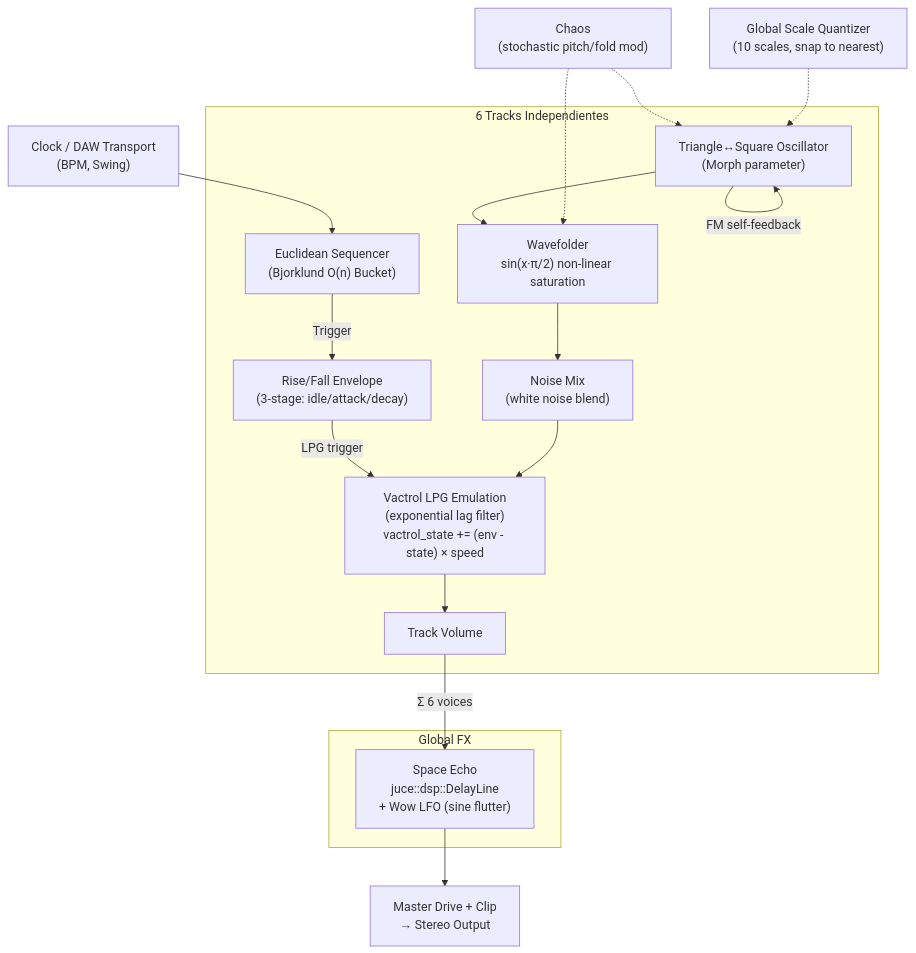
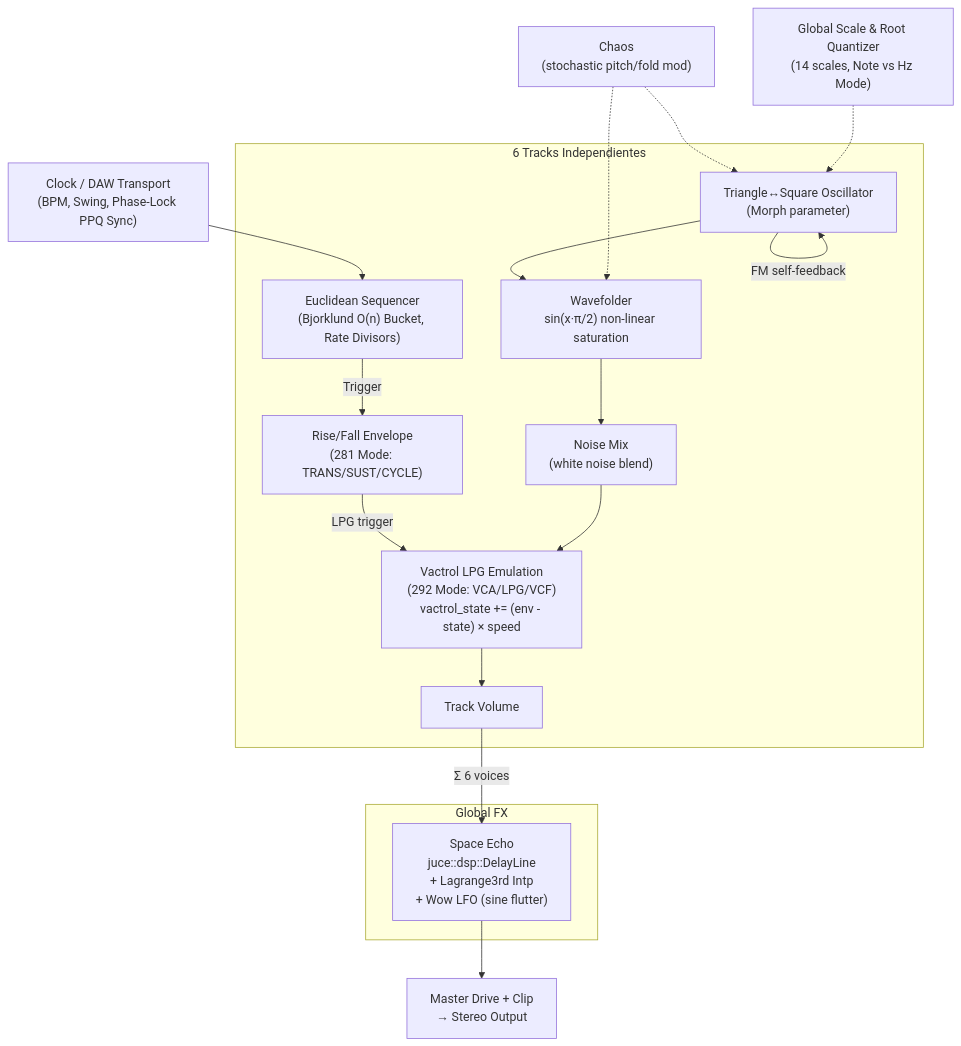
Before and after one commit to laurorobles/Orbita-LPG: the diagram in ARCHITECTURE.md, drawn with Mermaid. The commit also changed 2 other files, not shown here.

Commit message:
Update documentation to reflect PPQ sync, State saving, Note Mode, and Global Root

````diff
--- a/ARCHITECTURE.md
+++ b/ARCHITECTURE.md
@@ -5,30 +5,44 @@
 ```mermaid
 graph TD
-    CLK["Clock / DAW Transport\n(BPM, Swing)"] --> SEQ
+    CLK["Clock / DAW Transport
+(BPM, Swing, Phase-Lock PPQ Sync)"] --> SEQ
 
     subgraph TRACKS["6 Tracks Independientes"]
-        SEQ["Euclidean Sequencer\n(Bjorklund O(n) Bucket)"]
-        SEQ -->|Trigger| ENV["Rise/Fall Envelope\n(3-stage: idle/attack/decay)"]
+        SEQ["Euclidean Sequencer
+(Bjorklund O(n) Bucket, Rate Divisors)"]
+        SEQ -->|Trigger| ENV["Rise/Fall Envelope
+(281 Mode: TRANS/SUST/CYCLE)"]
 
-        OSC["Triangle↔Square Oscillator\n(Morph parameter)"]
+        OSC["Triangle↔Square Oscillator
+(Morph parameter)"]
         OSC -->|FM self-feedback| OSC
-        OSC --> WF["Wavefolder\nsin(x·π/2) non-linear saturation"]
-        WF --> NZ["Noise Mix\n(white noise blend)"]
+        OSC --> WF["Wavefolder
+sin(x·π/2) non-linear saturation"]
+        WF --> NZ["Noise Mix
+(white noise blend)"]
 
-        ENV -->|LPG trigger| VACTROL["Vactrol LPG Emulation\n(exponential lag filter)\nvactrol_state += (env - state) × speed"]
+        ENV -->|LPG trigger| VACTROL["Vactrol LPG Emulation
+(292 Mode: VCA/LPG/VCF)
+vactrol_state += (env - state) × speed"]
         NZ --> VACTROL
         VACTROL --> VOL["Track Volume"]
     end
 
     VOL -->|Σ 6 voices| ECHO
 
     subgraph FX["Global FX"]
-        ECHO["Space Echo\njuce::dsp::DelayLine\n+ Wow LFO (sine flutter)"]
+        ECHO["Space Echo
+juce::dsp::DelayLine
++ Lagrange3rd Intp
++ Wow LFO (sine flutter)"]
     end
 
-    ECHO --> MASTER["Master Drive + Clip\n→ Stereo Output"]
+    ECHO --> MASTER["Master Drive + Clip
+→ Stereo Output"]
 
-    CHAOS["Chaos\n(stochastic pitch/fold mod)"] -.-> OSC
+    CHAOS["Chaos
+(stochastic pitch/fold mod)"] -.-> OSC
     CHAOS -.-> WF
-    SCALE["Global Scale Quantizer\n(10 scales, snap to nearest)"] -.-> OSC
+    SCALE["Global Scale & Root Quantizer
+(14 scales, Note vs Hz Mode)"] -.-> OSC
 ```
````
